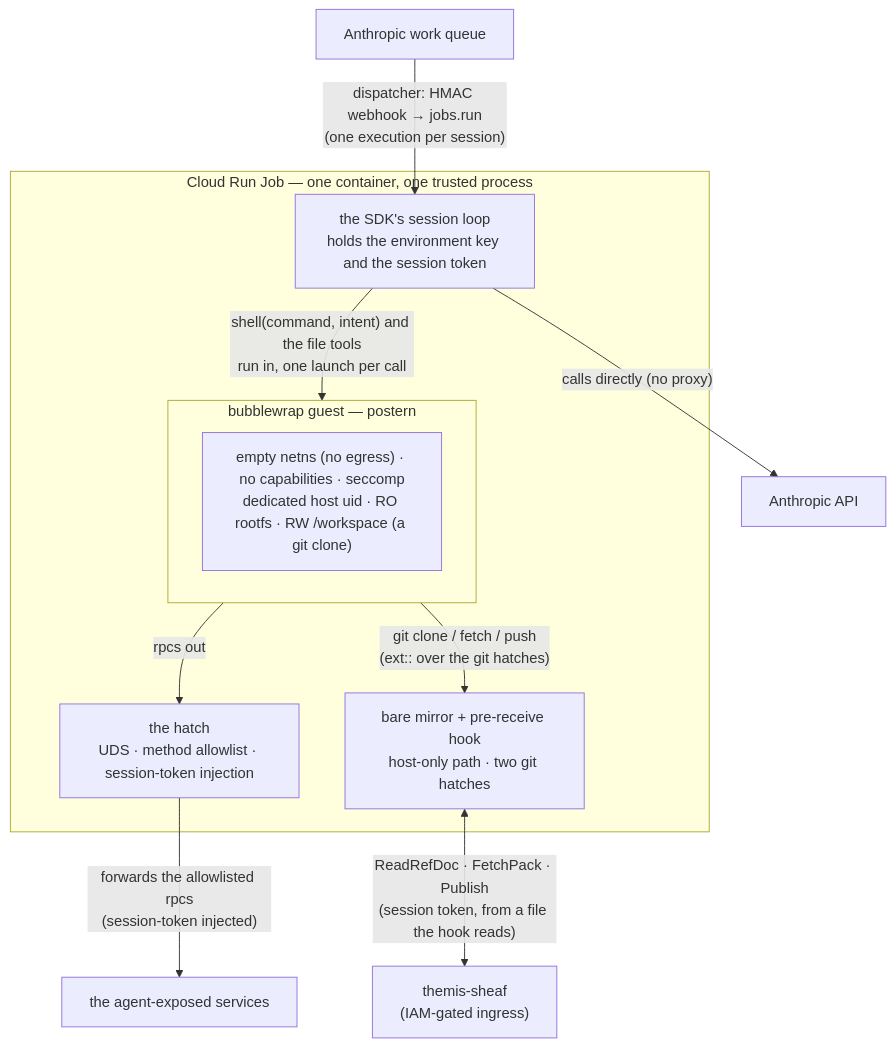
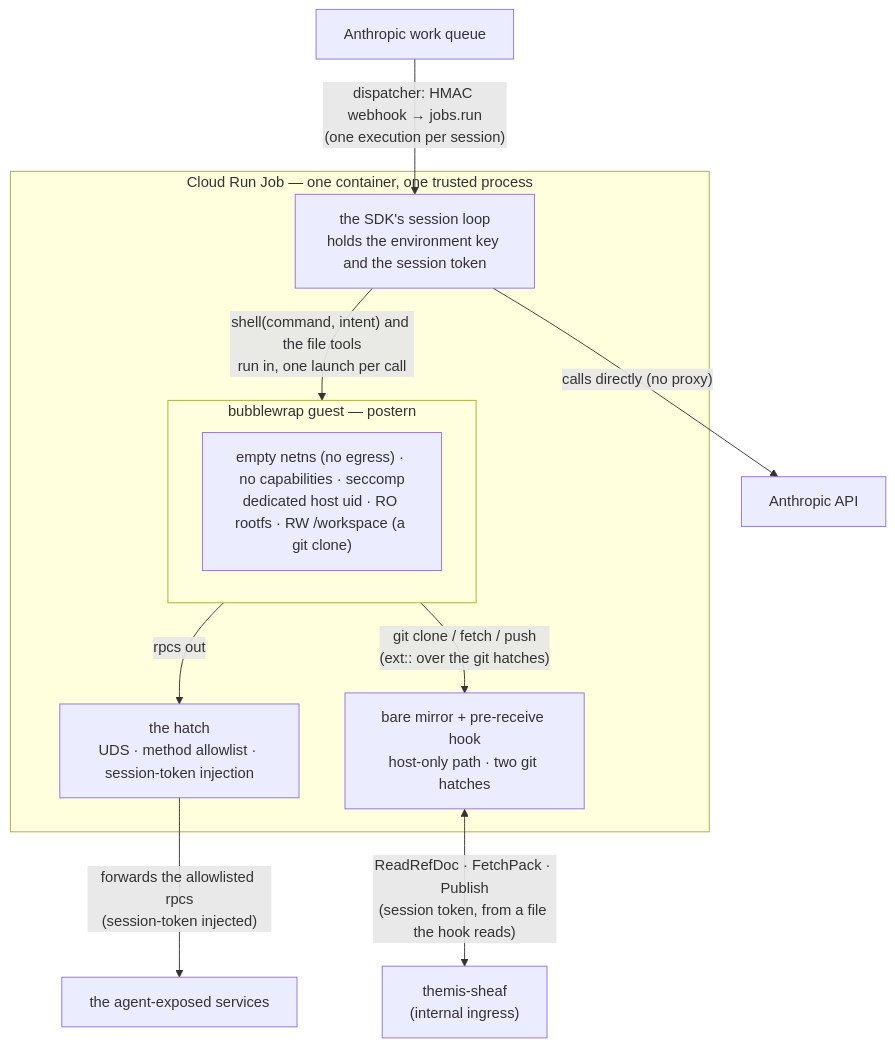
One commit to populationgenomics/themis changed the first of 2 diagrams in docs/design/sandbox-worker.md. Above: the diagram before and after it, drawn with Mermaid. The commit also changed other lines of this file and 6 other files, not shown here.

````diff
--- a/docs/design/sandbox-worker.md
+++ b/docs/design/sandbox-worker.md
@@ -101,21 +101,21 @@
 ```mermaid
 flowchart TB
     wq["Anthropic work queue"]
     wq -->|"dispatcher: HMAC webhook → jobs.run<br/>(one execution per session)"| worker
 
     subgraph job["Cloud Run Job — one container, one trusted process"]
         worker["the SDK's session loop<br/>holds the environment key and the session token"]
         hatch["the hatch<br/>UDS · method allowlist · session-token injection"]
         mirror["bare mirror + pre-receive hook<br/>host-only path · two git hatches"]
         subgraph guest["bubblewrap guest — postern"]
             iso["empty netns (no egress) · no capabilities · seccomp<br/>dedicated host uid · RO rootfs · RW /workspace (a git clone)"]
         end
         worker -->|"shell(command, intent) and the file tools<br/>run in, one launch per call"| guest
         guest -->|"rpcs out"| hatch
         guest -->|"git clone / fetch / push<br/>(ext:: over the git hatches)"| mirror
     end
 
     worker -->|"calls directly (no proxy)"| anthropic["Anthropic API"]
-    mirror <-->|"ReadRefDoc · FetchPack · Publish<br/>(session token, from a file the hook reads)"| sheaf["themis-sheaf<br/>(IAM-gated ingress)"]
+    mirror <-->|"ReadRefDoc · FetchPack · Publish<br/>(session token, from a file the hook reads)"| sheaf["themis-sheaf<br/>(internal ingress)"]
     hatch -->|"forwards the allowlisted rpcs<br/>(session-token injected)"| upstreams["the agent-exposed services"]
 ```
````
